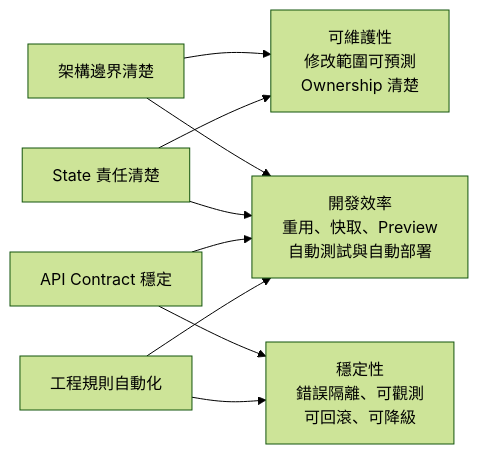
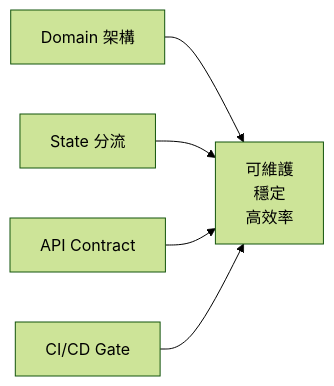
Diagram 11 of 11 in debat.md (ShackArbeit/Momo_Interview), drawn with Mermaid (forest theme) before and after one commit. The commit also changed other lines of this file, not shown here.

````diff
--- a/debat.md
+++ b/debat.md
@@ -719,20 +267,12 @@
 ```mermaid
 flowchart LR
-    Architecture["架構邊界清楚"]
-    State["State 責任清楚"]
-    Contract["API Contract 穩定"]
-    Engineering["工程規則自動化"]
+    Architecture["Domain 架構"]
+    State["State 分流"]
+    API["API Contract"]
+    CICD["CI/CD Gate"]
 
-    Maintainability["可維護性<br/>修改範圍可預測<br/>Ownership 清楚"]
-    Stability["穩定性<br/>錯誤隔離、可觀測<br/>可回滾、可降級"]
-    Efficiency["開發效率<br/>重用、快取、Preview<br/>自動測試與自動部署"]
-
-    Architecture --> Maintainability
-    State --> Maintainability
-    Contract --> Stability
-    Engineering --> Stability
-    Architecture --> Efficiency
-    State --> Efficiency
-    Contract --> Efficiency
-    Engineering --> Efficiency
+    Architecture --> Result["可維護<br/>穩定<br/>高效率"]
+    State --> Result
+    API --> Result
+    CICD --> Result
 ```
````
